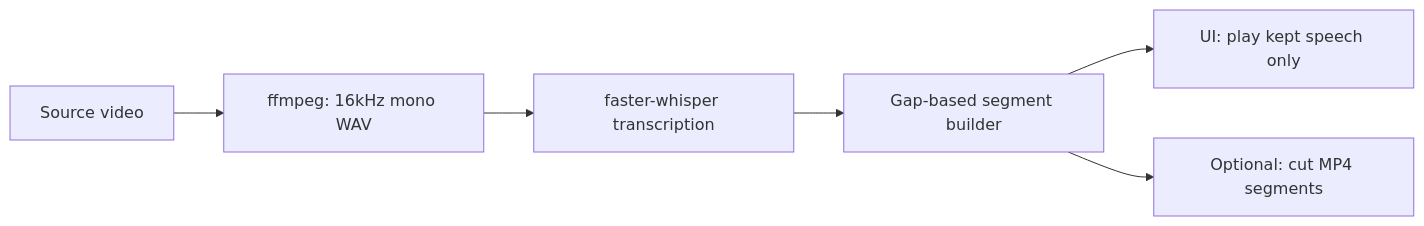
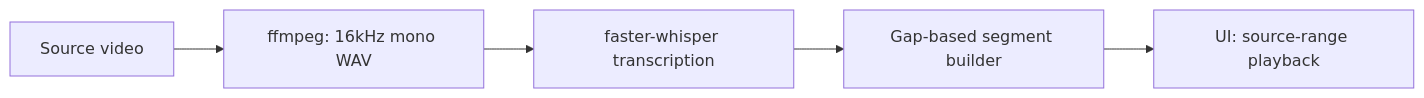
Before and after one commit to rushikc/krayon: the diagram in docs/silence-removal.md, drawn with Mermaid. The commit also changed other lines of this file and 17 other files, not shown here.

````diff
--- a/docs/silence-removal.md
+++ b/docs/silence-removal.md
@@ -9,8 +9,7 @@
 ```mermaid
 flowchart LR
   Video[Source video] --> Extract[ffmpeg: 16kHz mono WAV]
   Extract --> Whisper[faster-whisper transcription]
   Whisper --> Segments[Gap-based segment builder]
-  Segments --> Preview[UI: play kept speech only]
-  Segments --> Clips[Optional: cut MP4 segments]
+  Segments --> Preview[UI: source-range playback]
 ```
````
